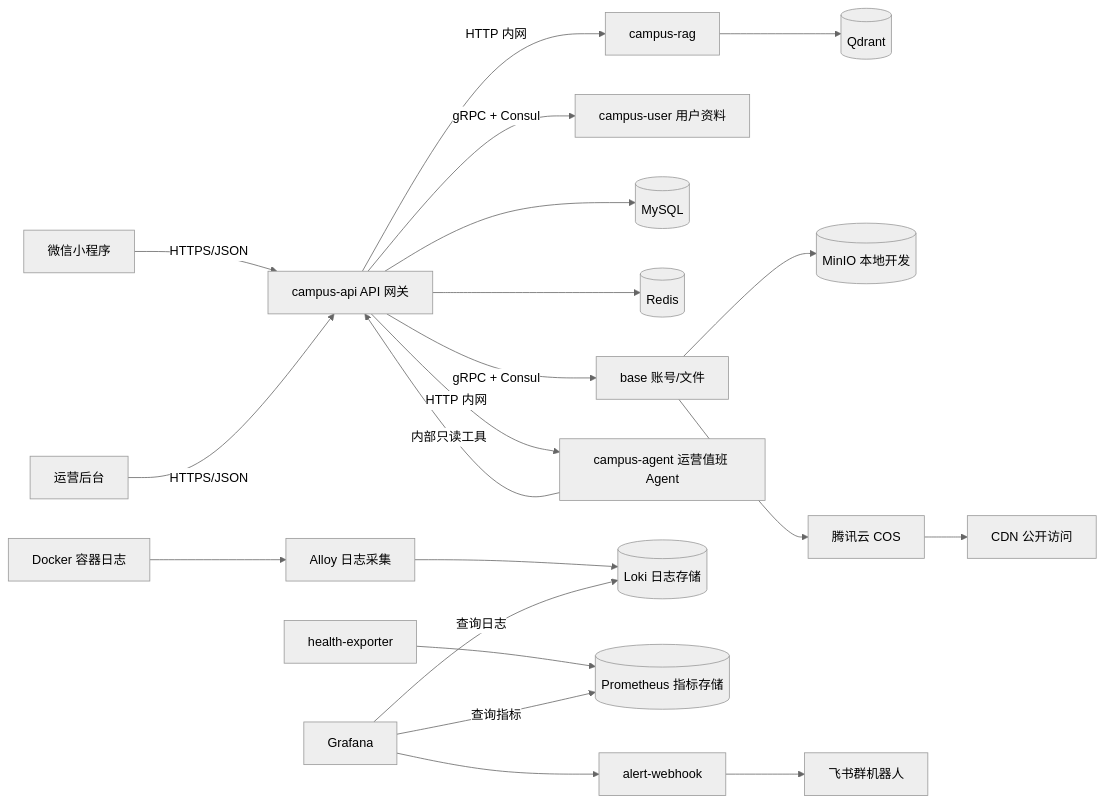
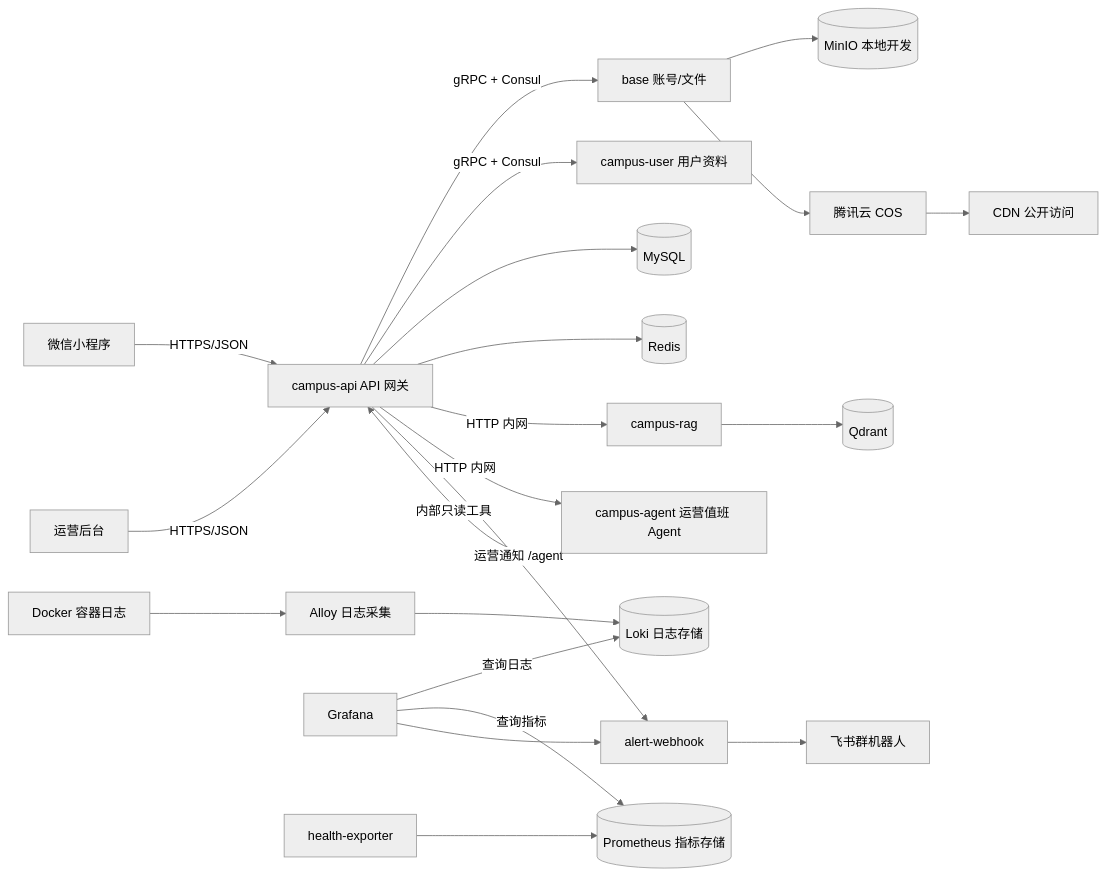
Before and after one commit to tangfire/lehu-video: the diagram in README.md, drawn with Mermaid (neutral theme). The commit also changed other lines of this file and 6 other files, not shown here.

````diff
--- a/README.md
+++ b/README.md
@@ -9,23 +9,24 @@
 ```mermaid
 flowchart LR
     MiniProgram[微信小程序] -->|HTTPS/JSON| API[campus-api API 网关]
     Admin[运营后台] -->|HTTPS/JSON| API
     API -->|gRPC + Consul| Base[base 账号/文件]
     API -->|gRPC + Consul| User[campus-user 用户资料]
     API --> MySQL[(MySQL)]
     API --> Redis[(Redis)]
     API -->|HTTP 内网| Rag[campus-rag]
     API -->|HTTP 内网| Agent[campus-agent 运营值班 Agent]
     Agent -->|内部只读工具| API
     Rag --> Qdrant[(Qdrant)]
     Base --> MinIO[(MinIO 本地开发)]
     Base --> COS[腾讯云 COS]
     COS --> CDN[CDN 公开访问]
     DockerLogs[Docker 容器日志] --> Alloy[Alloy 日志采集]
     Alloy --> Loki[(Loki 日志存储)]
     Grafana[Grafana] -->|查询日志| Loki
     Health[health-exporter] --> Prometheus[(Prometheus 指标存储)]
     Grafana -->|查询指标| Prometheus
     Grafana --> Alert[alert-webhook]
+    API -->|运营通知 /agent| Alert
     Alert --> Feishu[飞书群机器人]
 ```
````
